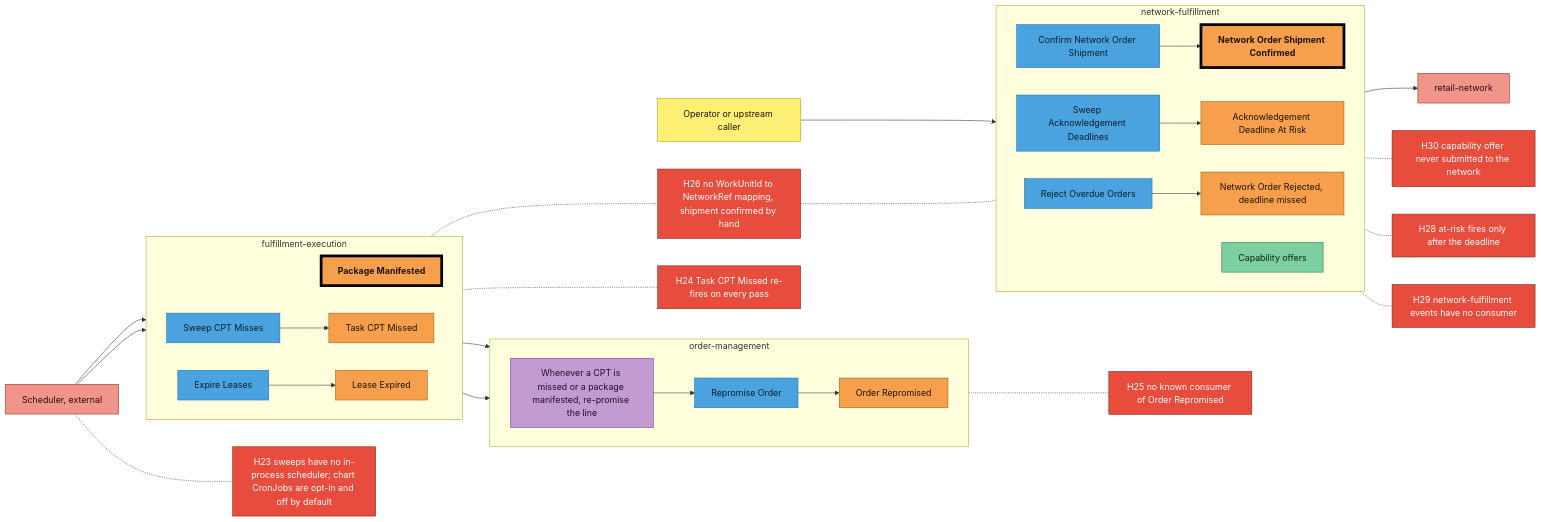
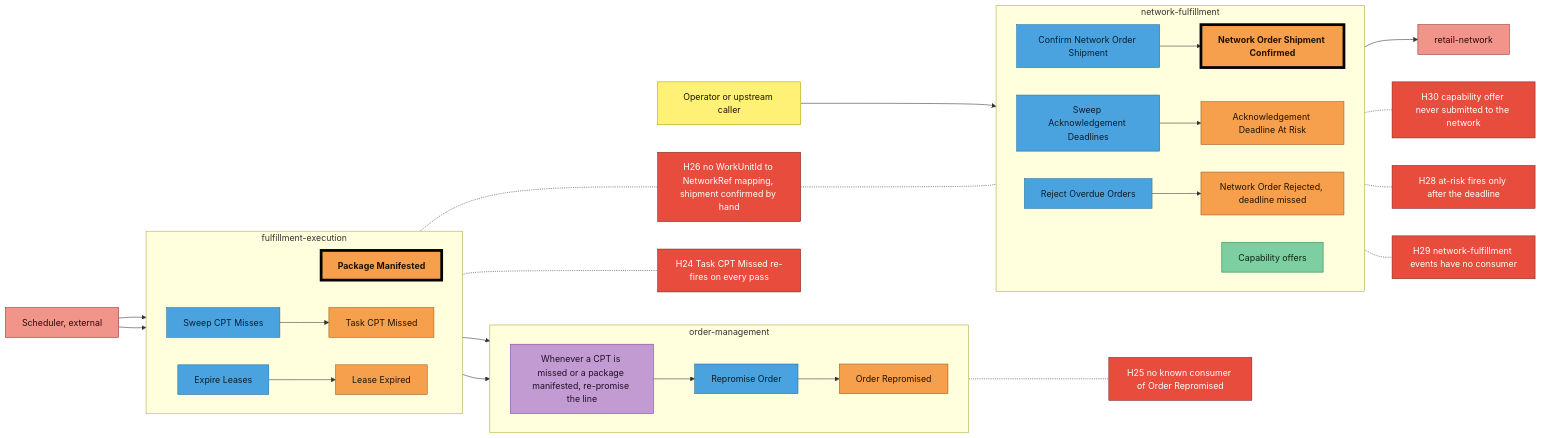
The seventh of 7 diagrams in docs/strategic-design/eventstorming-big-picture.md (IQVO/warehouse-docs), drawn with Mermaid before and after one commit. The commit also changed other lines of this file and 318 other files, not shown here.

````diff
--- a/docs/strategic-design/eventstorming-big-picture.md
+++ b/docs/strategic-design/eventstorming-big-picture.md
@@ -542,64 +536,62 @@
 ```mermaid
 flowchart LR
     SCH["Scheduler, external"]:::external
     OP["Operator or upstream caller"]:::actor
     RN["retail-network"]:::external
     subgraph S_FE["fulfillment-execution"]
         direction LR
         E1["Package Manifested"]:::pivotal
         C1["Sweep CPT Misses"]:::command
         E2["Task CPT Missed"]:::event
         C2["Expire Leases"]:::command
         E3["Lease Expired"]:::event
     end
     subgraph S_OM["order-management"]
         direction LR
         P1["Whenever a CPT is missed or a package manifested, re-promise the line"]:::policy
         C3["Repromise Order"]:::command
         E4["Order Repromised"]:::event
     end
     subgraph S_NF["network-fulfillment"]
         direction LR
         C4["Confirm Network Order Shipment"]:::command
         E5["Network Order Shipment Confirmed"]:::pivotal
         C5["Sweep Acknowledgement Deadlines"]:::command
         E6["Acknowledgement Deadline At Risk"]:::event
         C6["Reject Overdue Orders"]:::command
         E7["Network Order Rejected, deadline missed"]:::event
         R1["Capability offers"]:::readmodel
     end
 
     SCH --> C1 --> E2
     SCH --> C2 --> E3
     E1 --> P1
     E2 --> P1
     P1 --> C3 --> E4
     OP --> C4 --> E5 --> RN
     C5 --> E6
     C6 --> E7
 
-    H23["H23 sweeps have no in-process scheduler; chart CronJobs are opt-in and off by default"]:::hotspot
     H24["H24 Task CPT Missed re-fires on every pass"]:::hotspot
     H25["H25 no known consumer of Order Repromised"]:::hotspot
     H26["H26 no WorkUnitId to NetworkRef mapping, shipment confirmed by hand"]:::hotspot
     H28["H28 at-risk fires only after the deadline"]:::hotspot
     H29["H29 network-fulfillment events have no consumer"]:::hotspot
     H30["H30 capability offer never submitted to the network"]:::hotspot
     R1 -.- H30
-    SCH -.- H23
     E2 -.- H24
     E4 -.- H25
     E1 -.- H26
     H26 -.- C4
     E6 -.- H28
     E5 -.- H29
 
     classDef actor fill:#fff176,stroke:#b59f00,color:#1f1300
     classDef command fill:#4aa3df,stroke:#1f6f9f,color:#0b1e2d
     classDef event fill:#f6a04d,stroke:#9a5b1c,color:#1f1300
     classDef pivotal fill:#f6a04d,stroke:#000000,stroke-width:5px,color:#1f1300,font-weight:bold
     classDef policy fill:#c39bd3,stroke:#7d3c98,color:#1f0f26
     classDef readmodel fill:#7dcea0,stroke:#1e8449,color:#0b2614
     classDef external fill:#f1948a,stroke:#922b21,color:#2b0a07
     classDef hotspot fill:#e74c3c,stroke:#78281f,color:#ffffff
 ```
````
